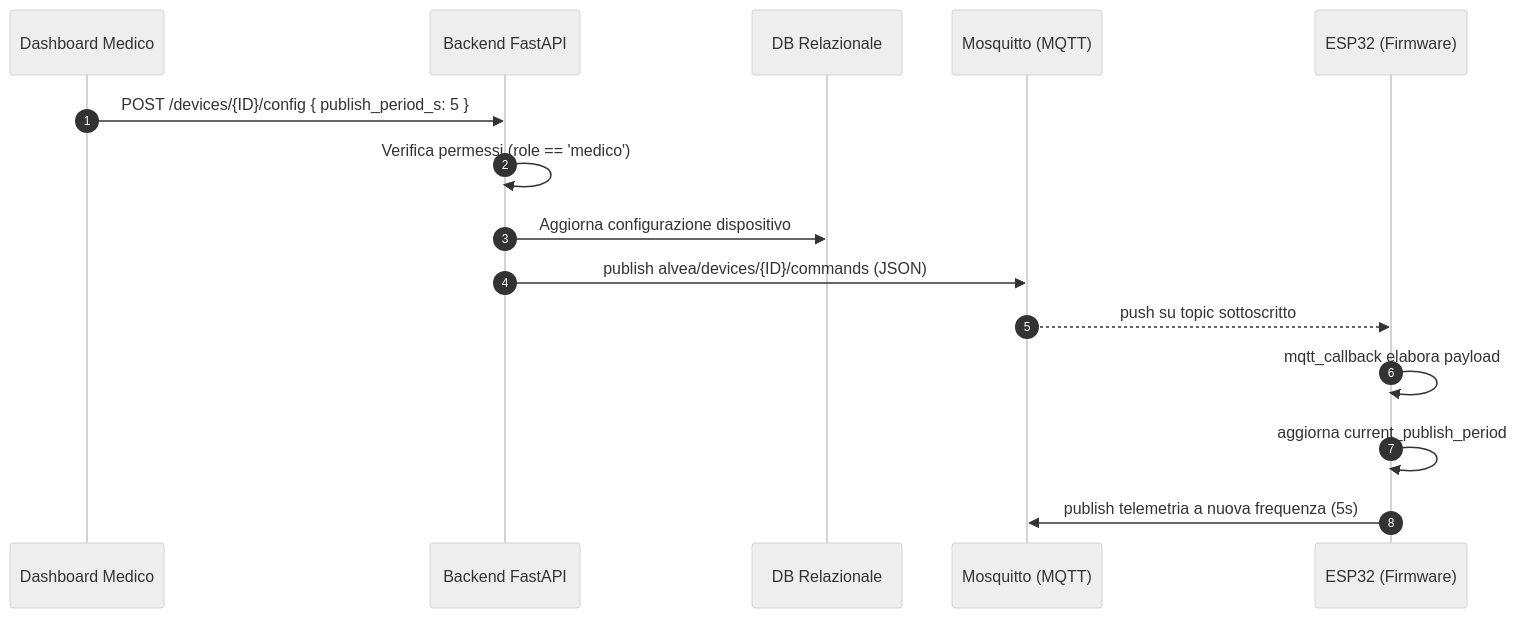
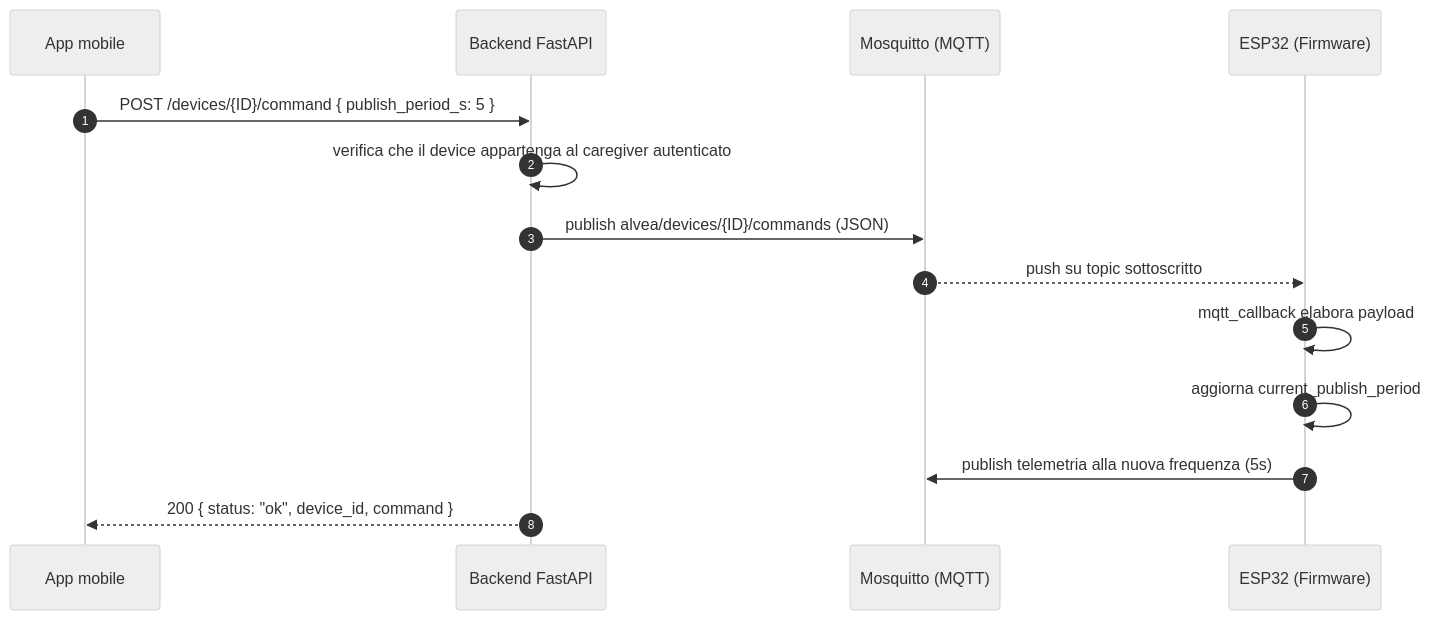
One commit to acrisci05/Alvea changed the third of 3 diagrams in docs/04-sequence.md. Above: the diagram before and after it, drawn with Mermaid (neutral theme). The commit also changed other lines of this file and 7 other files, not shown here.

````diff
--- a/docs/04-sequence.md
+++ b/docs/04-sequence.md
@@ -65,18 +74,17 @@
 ```mermaid
 sequenceDiagram
     autonumber
-    participant Med as Dashboard Medico
+    participant App as App mobile
     participant BE as Backend FastAPI
-    participant SQ as DB Relazionale
     participant MQ as Mosquitto (MQTT)
     participant ESP as ESP32 (Firmware)
 
-    Med->>BE: POST /devices/{ID}/config { publish_period_s: 5 }
-    BE->>BE: Verifica permessi (role == 'medico')
-    BE->>SQ: Aggiorna configurazione dispositivo
+    App->>BE: POST /devices/{ID}/command { publish_period_s: 5 }
+    BE->>BE: verifica che il device appartenga al caregiver autenticato
     BE->>MQ: publish alvea/devices/{ID}/commands (JSON)
     MQ-->>ESP: push su topic sottoscritto
     ESP->>ESP: mqtt_callback elabora payload
     ESP->>ESP: aggiorna current_publish_period
-    ESP->>MQ: publish telemetria a nuova frequenza (5s)
+    ESP->>MQ: publish telemetria alla nuova frequenza (5s)
+    BE-->>App: 200 { status: "ok", device_id, command }
 ```
````
